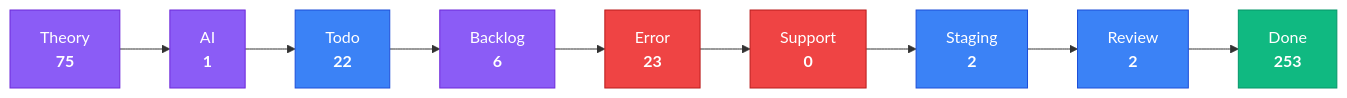
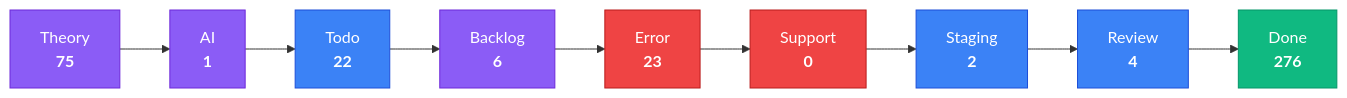
One commit to KBVE/kbve changed the third of 4 diagrams in apps/kbve/astro-kbve/src/content/docs/dashboard/kanban-data.mdx. Above: the diagram before and after it, drawn with Mermaid. The commit also changed other lines of this file and 2 other files, not shown here.

````diff
--- a/apps/kbve/astro-kbve/src/content/docs/dashboard/kanban-data.mdx
+++ b/apps/kbve/astro-kbve/src/content/docs/dashboard/kanban-data.mdx
@@ -215,28 +215,28 @@
 ```mermaid
 flowchart LR
     classDef planning fill:#8b5cf6,stroke:#6d28d9,color:#fff
     classDef active fill:#3b82f6,stroke:#1d4ed8,color:#fff
     classDef blocked fill:#ef4444,stroke:#b91c1c,color:#fff
     classDef done fill:#10b981,stroke:#059669,color:#fff
     Theory["Theory<br/><strong>75</strong>"]
     Theory --> AI
     AI["AI<br/><strong>1</strong>"]
     AI --> Todo
     Todo["Todo<br/><strong>22</strong>"]
     Todo --> Backlog
     Backlog["Backlog<br/><strong>6</strong>"]
     Backlog --> Error
     Error["Error<br/><strong>23</strong>"]
     Error --> Support
     Support["Support<br/><strong>0</strong>"]
     Support --> Staging
     Staging["Staging<br/><strong>2</strong>"]
     Staging --> Review
-    Review["Review<br/><strong>2</strong>"]
+    Review["Review<br/><strong>4</strong>"]
     Review --> Done
-    Done["Done<br/><strong>253</strong>"]
+    Done["Done<br/><strong>276</strong>"]
     class Theory,AI,Backlog planning
     class Todo,Staging,Review active
     class Error,Support blocked
     class Done done
 ```
````
